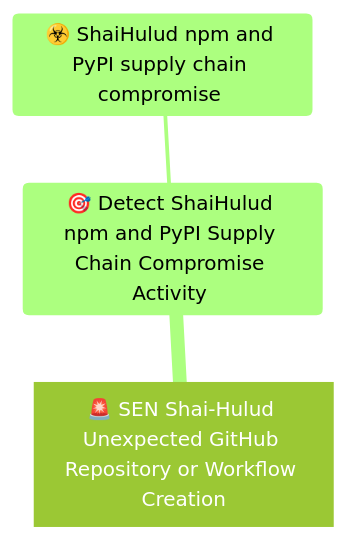
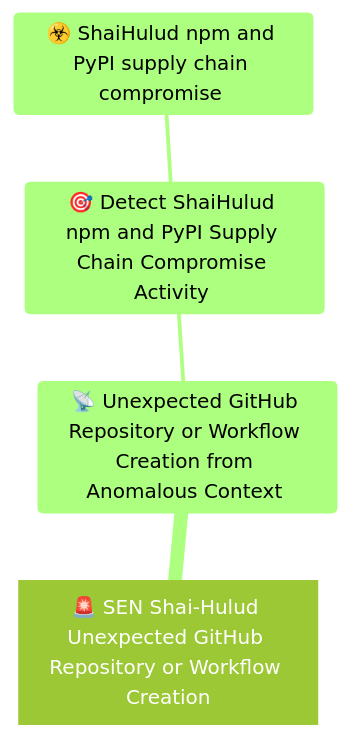
One commit to OpenTideHQ/WikiTide changed the diagram in Models/Detection Rules/🚨 SEN Shai-Hulud Unexpected GitHub Repository or Workflow Creation.md. Above: the diagram before and after it, drawn with Mermaid (forest theme). The commit also changed other lines of this file and 23 other files, not shown here.

````diff
--- a/Models/Detection Rules/🚨 SEN Shai-Hulud Unexpected GitHub Repository or Workflow Creation.md
+++ b/Models/Detection Rules/🚨 SEN Shai-Hulud Unexpected GitHub Repository or Workflow Creation.md
@@ -41,11 +41,13 @@
 ```mermaid
 
 mindmap
 Root[🚨 SEN Shai-Hulud Unexpected GitHub Repository or Workflow Creation]
     
-      🎯 Detect ShaiHulud npm and PyPI Supply Chain Compromise Activity 
-          ☣️ ShaiHulud npm and PyPI supply chain compromise 
+      📡 Unexpected GitHub Repository or Workflow Creation from Anomalous Context 
+          🎯 Detect ShaiHulud npm and PyPI Supply Chain Compromise Activity 
+              ☣️ ShaiHulud npm and PyPI supply chain compromise 
+        
     
 
 
 ```
````
